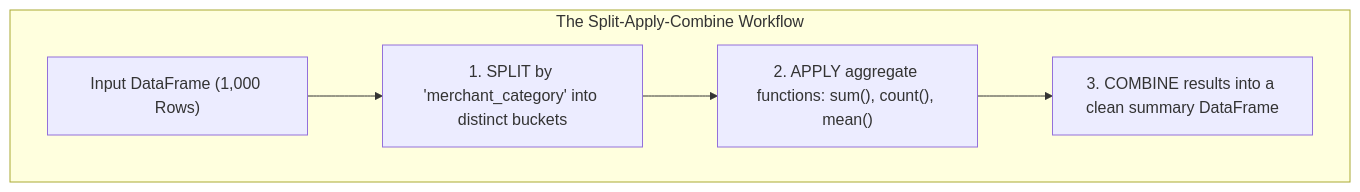
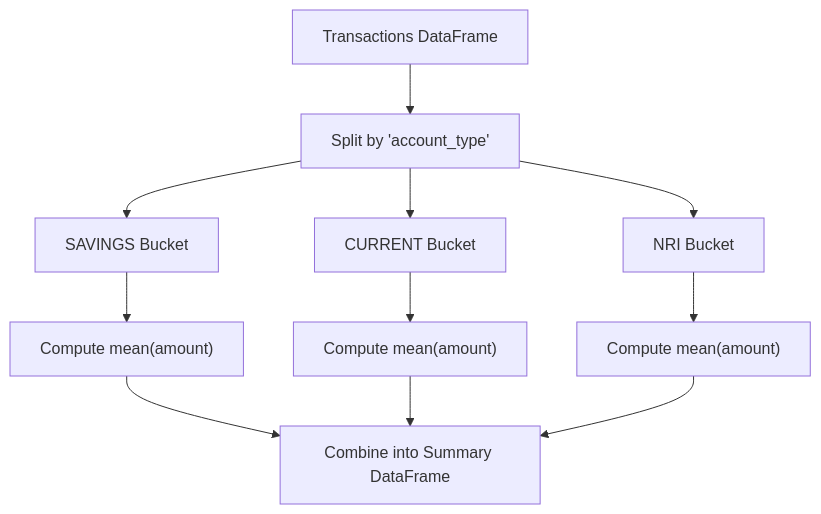
The second of 2 diagrams in 01-PYTHON/pandas.md (bipin7yadav/Prep), drawn with Mermaid before and after one commit. The commit also changed other lines of this file and 82 other files, not shown here.

````diff
--- a/01-PYTHON/pandas.md
+++ b/01-PYTHON/pandas.md
@@ -184,8 +414,13 @@
 ```mermaid
 flowchart TD
-    subgraph GroupByPipeline["The Split-Apply-Combine Workflow"]
-        T["Input DataFrame (1,000 Rows)"] --> Split["1. SPLIT by 'merchant_category' into distinct buckets"]
-        Split --> Apply["2. APPLY aggregate functions: sum(), count(), mean()"]
-        Apply --> Combine["3. COMBINE results into a clean summary DataFrame"]
-    end
+    Raw["Transactions DataFrame"] --> Split["Split by 'account_type'"]
+    Split --> S1["SAVINGS Bucket"]
+    Split --> S2["CURRENT Bucket"]
+    Split --> S3["NRI Bucket"]
+    S1 --> Agg1["Compute mean(amount)"]
+    S2 --> Agg2["Compute mean(amount)"]
+    S3 --> Agg3["Compute mean(amount)"]
+    Agg1 --> Combine["Combine into Summary DataFrame"]
+    Agg2 --> Combine
+    Agg3 --> Combine
 ```
````
